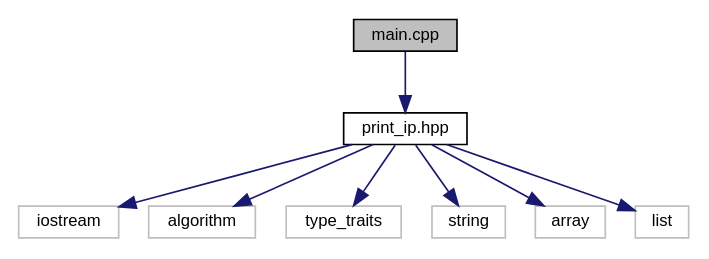
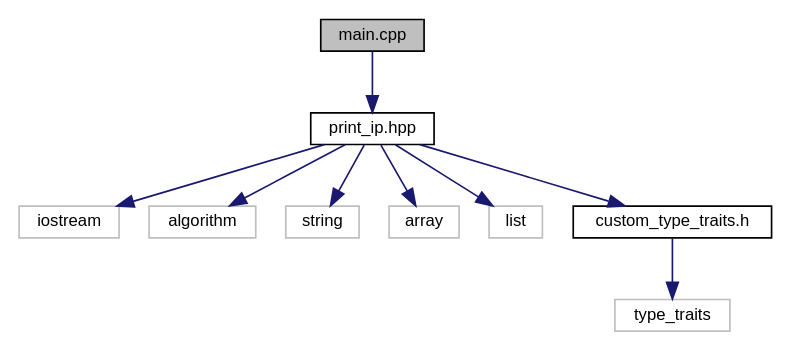
One commit to Rishat22/ConditionalIPAddressPrintingFunction changed the diagram in main_8cpp__incl.dot. Above: the diagram before and after it, drawn with Graphviz. The commit also changed 45 other files, not shown here.

```diff
--- a/main_8cpp__incl.dot
+++ b/main_8cpp__incl.dot
@@ -1,21 +1,23 @@
 digraph "main.cpp"
 {
  // LATEX_PDF_SIZE
   edge [fontname="Helvetica",fontsize="10",labelfontname="Helvetica",labelfontsize="10"];
   node [fontname="Helvetica",fontsize="10",shape=record];
   Node1 [label="main.cpp",height=0.2,width=0.4,color="black", fillcolor="grey75", style="filled", fontcolor="black",tooltip=" "];
   Node1 -> Node2 [color="midnightblue",fontsize="10",style="solid",fontname="Helvetica"];
   Node2 [label="print_ip.hpp",height=0.2,width=0.4,color="black", fillcolor="white", style="filled",URL="$print__ip_8hpp.html",tooltip=" "];
   Node2 -> Node3 [color="midnightblue",fontsize="10",style="solid",fontname="Helvetica"];
   Node3 [label="iostream",height=0.2,width=0.4,color="grey75", fillcolor="white", style="filled",tooltip=" "];
   Node2 -> Node4 [color="midnightblue",fontsize="10",style="solid",fontname="Helvetica"];
   Node4 [label="algorithm",height=0.2,width=0.4,color="grey75", fillcolor="white", style="filled",tooltip=" "];
   Node2 -> Node5 [color="midnightblue",fontsize="10",style="solid",fontname="Helvetica"];
-  Node5 [label="type_traits",height=0.2,width=0.4,color="grey75", fillcolor="white", style="filled",tooltip=" "];
+  Node5 [label="string",height=0.2,width=0.4,color="grey75", fillcolor="white", style="filled",tooltip=" "];
   Node2 -> Node6 [color="midnightblue",fontsize="10",style="solid",fontname="Helvetica"];
-  Node6 [label="string",height=0.2,width=0.4,color="grey75", fillcolor="white", style="filled",tooltip=" "];
+  Node6 [label="array",height=0.2,width=0.4,color="grey75", fillcolor="white", style="filled",tooltip=" "];
   Node2 -> Node7 [color="midnightblue",fontsize="10",style="solid",fontname="Helvetica"];
-  Node7 [label="array",height=0.2,width=0.4,color="grey75", fillcolor="white", style="filled",tooltip=" "];
+  Node7 [label="list",height=0.2,width=0.4,color="grey75", fillcolor="white", style="filled",tooltip=" "];
   Node2 -> Node8 [color="midnightblue",fontsize="10",style="solid",fontname="Helvetica"];
-  Node8 [label="list",height=0.2,width=0.4,color="grey75", fillcolor="white", style="filled",tooltip=" "];
+  Node8 [label="custom_type_traits.h",height=0.2,width=0.4,color="black", fillcolor="white", style="filled",URL="$custom__type__traits_8h.html",tooltip=" "];
+  Node8 -> Node9 [color="midnightblue",fontsize="10",style="solid",fontname="Helvetica"];
+  Node9 [label="type_traits",height=0.2,width=0.4,color="grey75", fillcolor="white", style="filled",tooltip=" "];
 }
```
